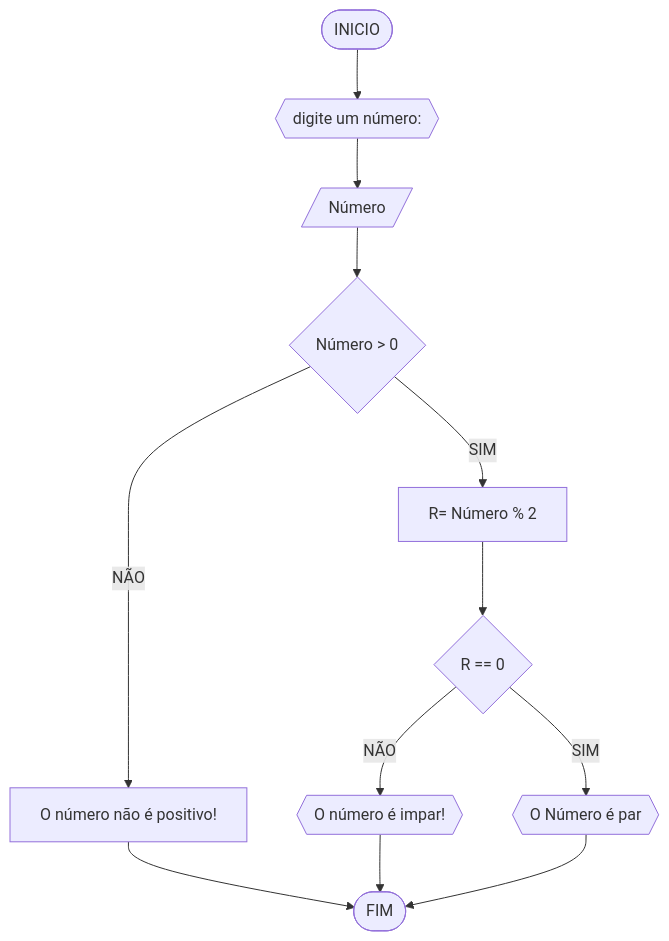
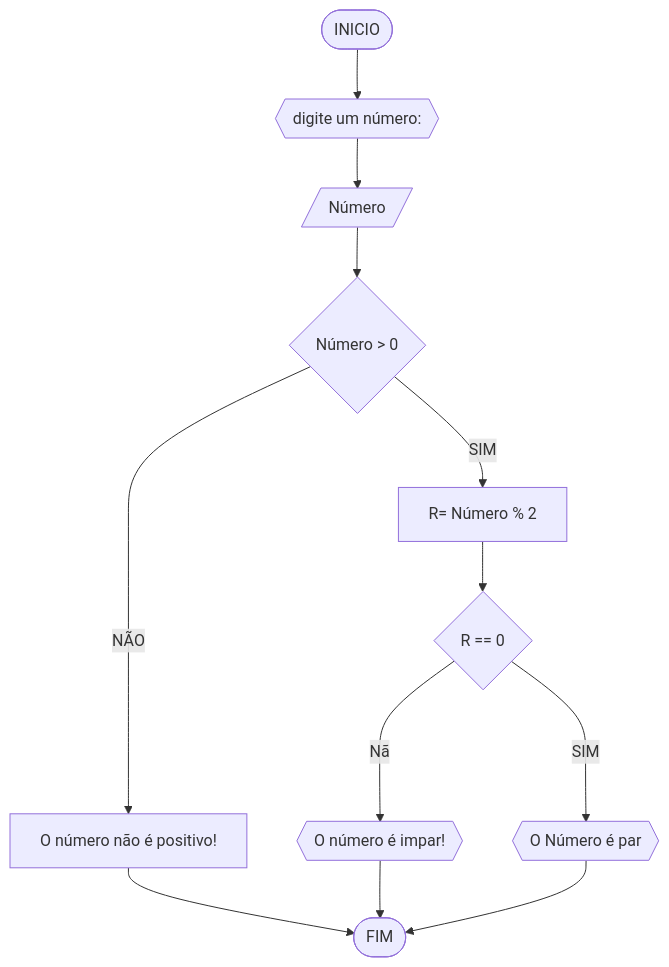
One commit to LoiraDapraia/unifor changed the diagram in RLA/lista_exercicios.md. Above: the diagram before and after it, drawn with Mermaid. The commit also changed other lines of this file, not shown here.

````diff
--- a/RLA/lista_exercicios.md
+++ b/RLA/lista_exercicios.md
@@ -7,14 +7,14 @@
 ```mermaid
 flowchart TD
 A([INICIO]) --> B{{digite um número:}}
 B --> C[/Número/]
 C --> D{Número > 0}
 D --NÃO--> E[O número não é positivo!]
 D --SIM--> F[R= Número % 2]
 E --> Z([FIM])
 F --> G{R == 0}
-G --NÃO--> H{{O número é impar!}}
+G --Não--> H{{O número é impar!}}
 G --SIM--> I{{ O Número é par}}
 H --> Z
 I --> Z
-``` 
+```
````
